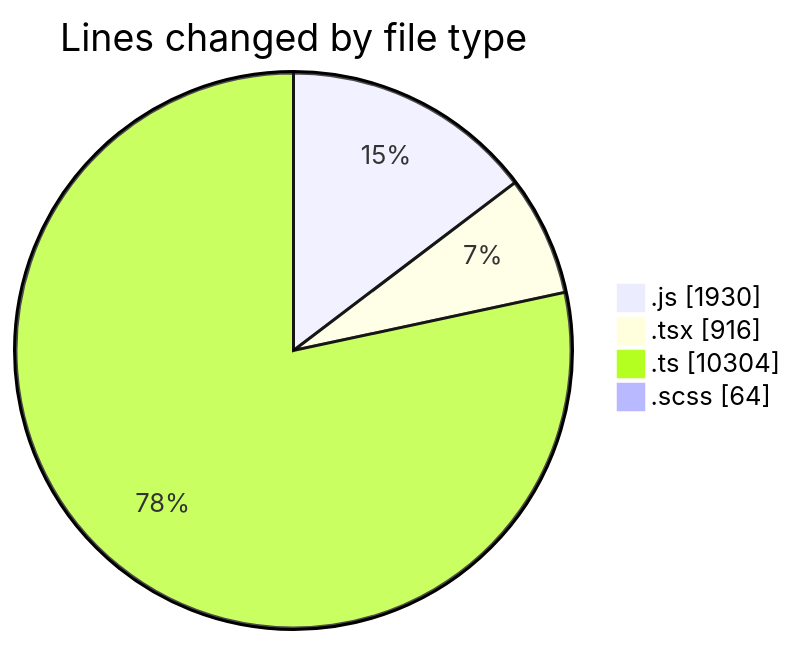
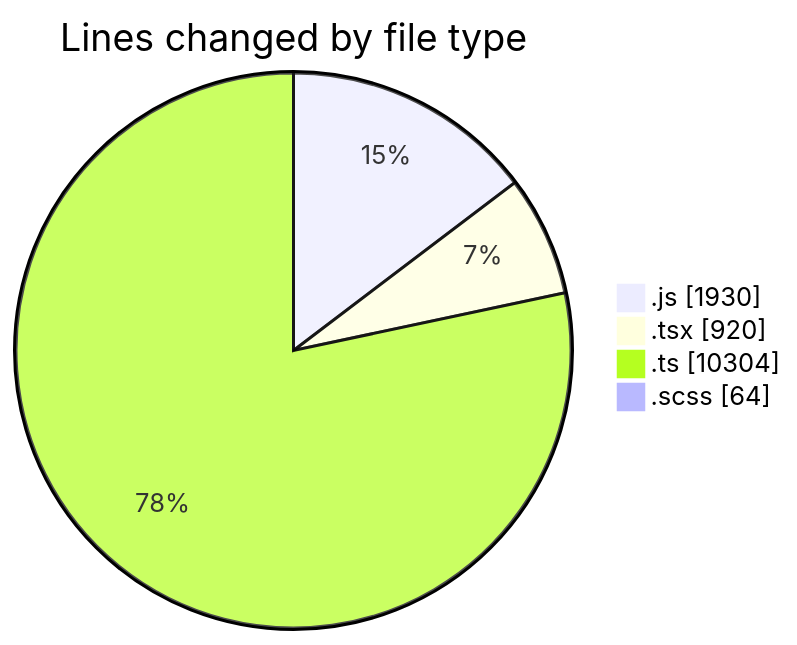
The first of 2 diagrams in 2025-03-13/cda/README.md (momahboobian/code-tracking), drawn with Mermaid before and after one commit. The commit also changed other lines of this file and 1 other file, not shown here.

````diff
--- a/2025-03-13/cda/README.md
+++ b/2025-03-13/cda/README.md
@@ -33,8 +33,8 @@
 ```mermaid
 pie showData
 title Lines changed by file type
 ".js" : 1930
-".tsx" : 916
+".tsx" : 920
 ".ts" : 10304
 ".scss" : 64
 ```
````
